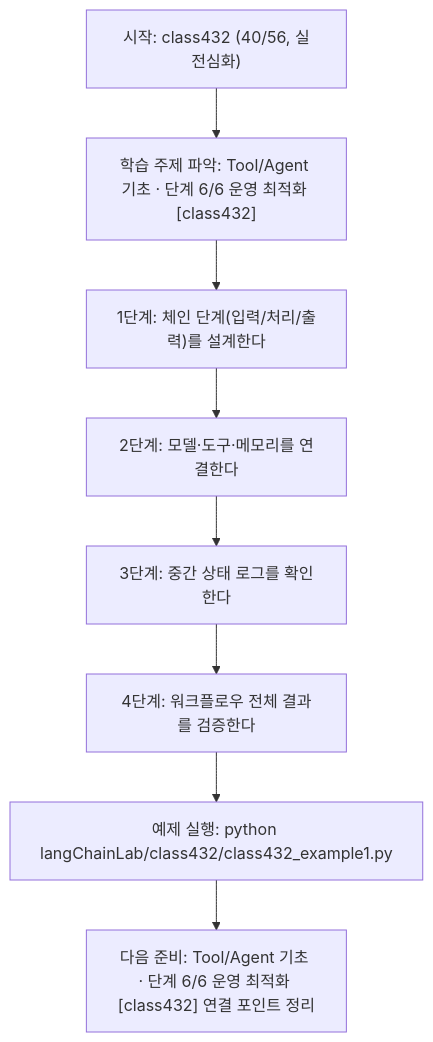
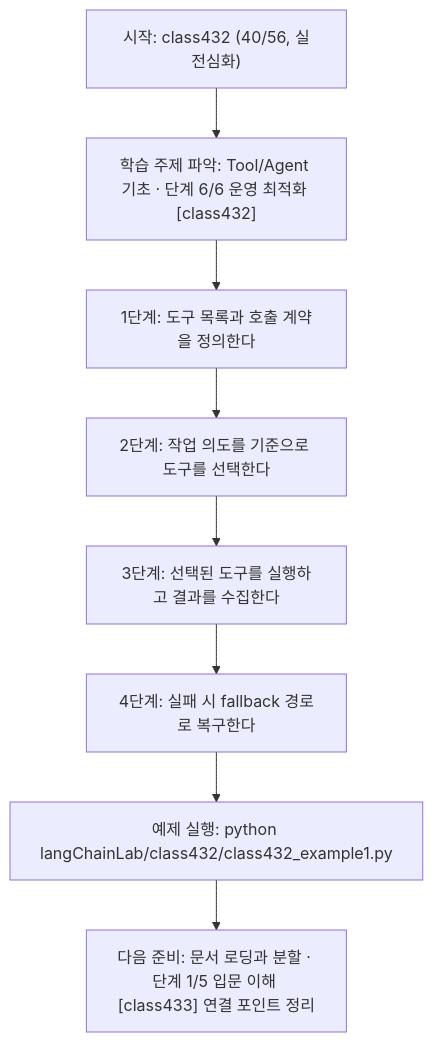
The diagram in langChainLab/class432/class432.md (edumgt/Python-AI_Agent-Class), drawn with Mermaid before and after one commit. The commit also changed other lines of this file and 395 other files, not shown here.

````diff
--- a/langChainLab/class432/class432.md
+++ b/langChainLab/class432/class432.md
@@ -110,18 +91,18 @@
 ```mermaid
 flowchart TD
 N1["시작: class432 (40/56, 실전심화)"]
 N2["학습 주제 파악: Tool/Agent 기초 · 단계 6/6 운영 최적화 [class432]"]
-N3["1단계: 체인 단계(입력/처리/출력)를 설계한다"]
-N4["2단계: 모델·도구·메모리를 연결한다"]
-N5["3단계: 중간 상태 로그를 확인한다"]
-N6["4단계: 워크플로우 전체 결과를 검증한다"]
+N3["1단계: 도구 목록과 호출 계약을 정의한다"]
+N4["2단계: 작업 의도를 기준으로 도구를 선택한다"]
+N5["3단계: 선택된 도구를 실행하고 결과를 수집한다"]
+N6["4단계: 실패 시 fallback 경로로 복구한다"]
 N7["예제 실행: python langChainLab/class432/class432_example1.py"]
-N8["다음 준비: Tool/Agent 기초 · 단계 6/6 운영 최적화 [class432] 연결 포인트 정리"]
+N8["다음 준비: 문서 로딩과 분할 · 단계 1/5 입문 이해 [class433] 연결 포인트 정리"]
 N1 --> N2
 N2 --> N3
 N3 --> N4
 N4 --> N5
 N5 --> N6
 N6 --> N7
 N7 --> N8
 ```
````
